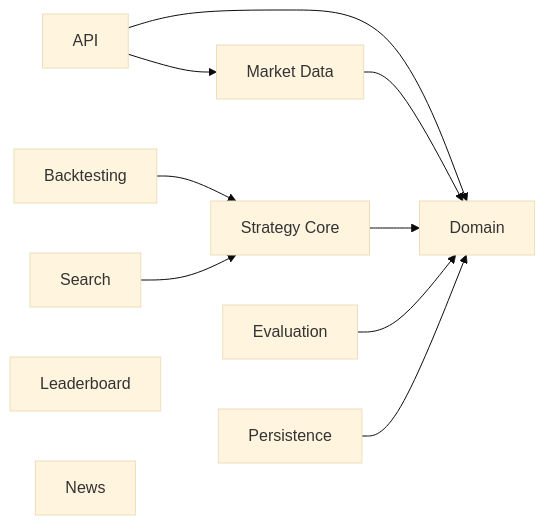
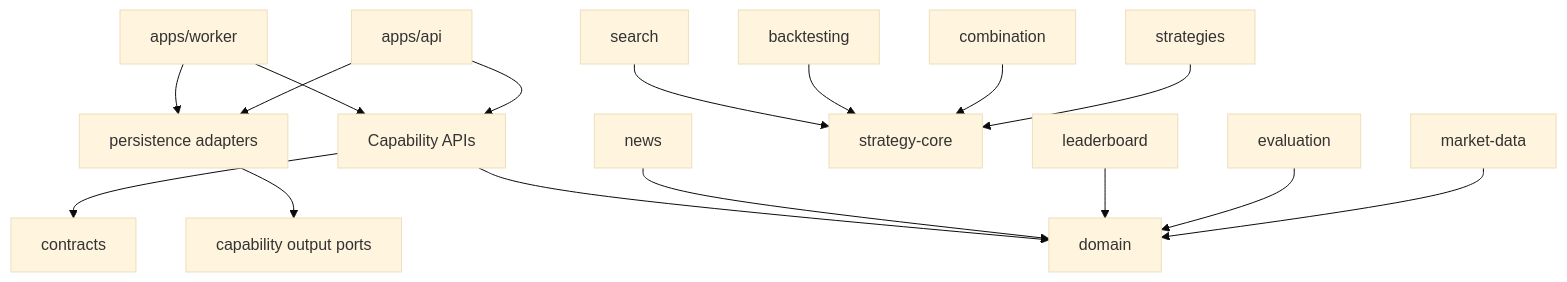
The diagram in docs/architecture/module-view.md (PhamVanMinhBinhThuan/crypto-strategy-platform), drawn with Mermaid (base theme) before and after one commit. The commit also changed other lines of this file and 31 other files, not shown here.

Commit message:
docs: complete architecture decisions and verification plan

````diff
--- a/docs/architecture/module-view.md
+++ b/docs/architecture/module-view.md
@@ -12,22 +13,20 @@
 ```mermaid
-flowchart LR
-    API[API]
-    DOMAIN[Domain]
-    MARKET[Market Data]
-    STRATEGY[Strategy Core]
-    BACKTEST[Backtesting]
-    EVALUATION[Evaluation]
-    SEARCH[Search]
-    LEADERBOARD[Leaderboard]
-    NEWS[News]
-    PERSISTENCE[Persistence]
+flowchart TD
+    API[apps/api] --> CAP[Capability APIs]
+    WORKER[apps/worker] --> CAP
+    API --> PERSIST[persistence adapters]
+    WORKER --> PERSIST
 
-    API --> MARKET
-    API --> DOMAIN
-    MARKET --> DOMAIN
-    STRATEGY --> DOMAIN
-    BACKTEST --> STRATEGY
-    EVALUATION --> DOMAIN
-    SEARCH --> STRATEGY
-    PERSISTENCE --> DOMAIN
+    MARKET[market-data] --> DOMAIN[domain]
+    STRATEGIES[strategies] --> CORE[strategy-core]
+    COMBINATION[combination] --> CORE
+    BACKTEST[backtesting] --> CORE
+    SEARCH[search] --> CORE
+    EVAL[evaluation] --> DOMAIN
+    BOARD[leaderboard] --> DOMAIN
+    NEWS[news] --> DOMAIN
+
+    CAP --> CONTRACTS[contracts]
+    CAP --> DOMAIN
+    PERSIST --> PORTS[capability output ports]
 ```
````
